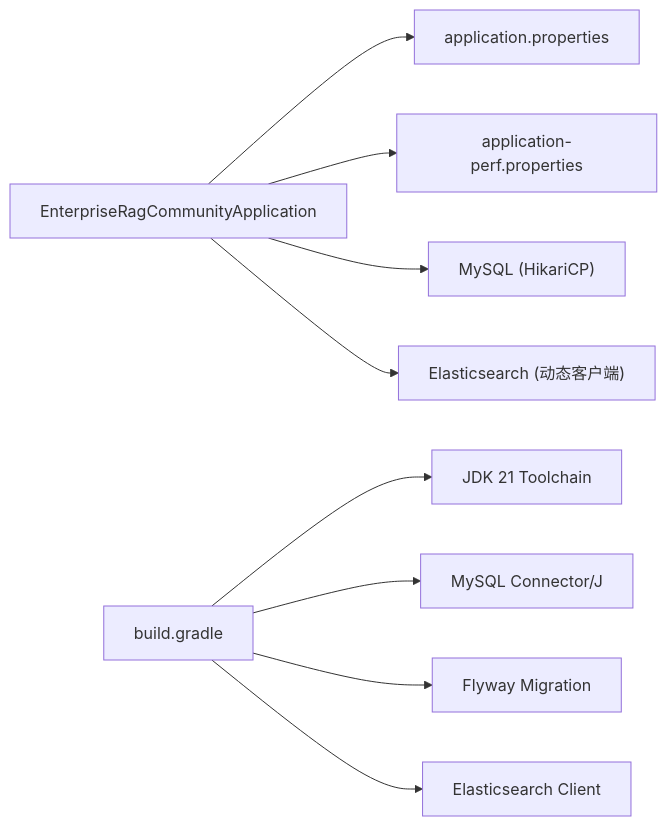
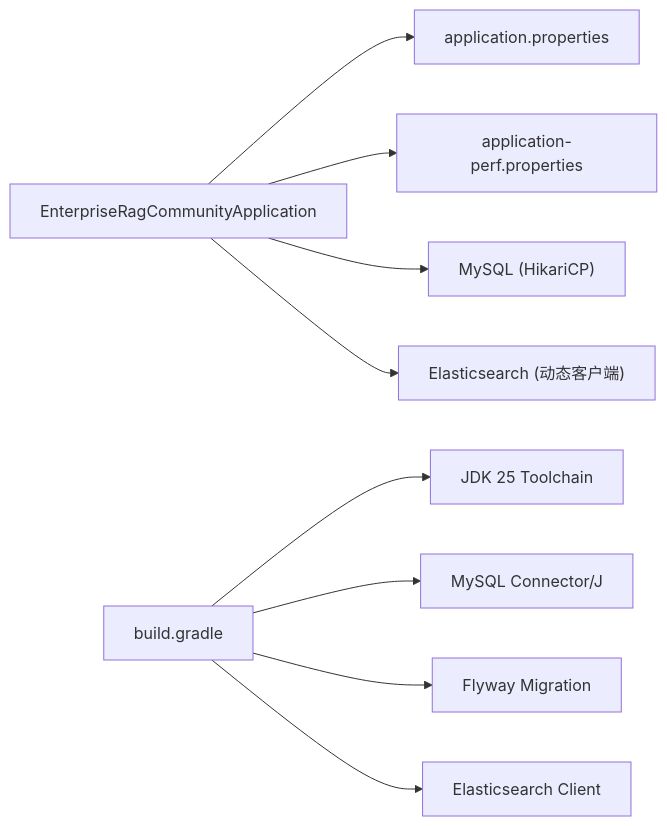
Before and after one commit to lam584/EnterpriseRagCommunity: the third of 3 diagrams in .qoder/repowiki/zh/content/部署指南/环境准备.md, drawn with Mermaid. The commit also changed other lines of this file and 592 other files, not shown here.

````diff
--- a/.qoder/repowiki/zh/content/部署指南/环境准备.md
+++ b/.qoder/repowiki/zh/content/部署指南/环境准备.md
@@ -180,11 +180,11 @@
 ```mermaid
 graph LR
 App["EnterpriseRagCommunityApplication"] --> Cfg["application.properties"]
 App --> Perf["application-perf.properties"]
 App --> DB["MySQL (HikariCP)"]
 App --> ES["Elasticsearch (动态客户端)"]
-Build["build.gradle"] --> JDK["JDK 21 Toolchain"]
+Build["build.gradle"] --> JDK["JDK 25 Toolchain"]
 Build --> MySQL["MySQL Connector/J"]
 Build --> Flyway["Flyway Migration"]
 Build --> ESClient["Elasticsearch Client"]
 ```
````
